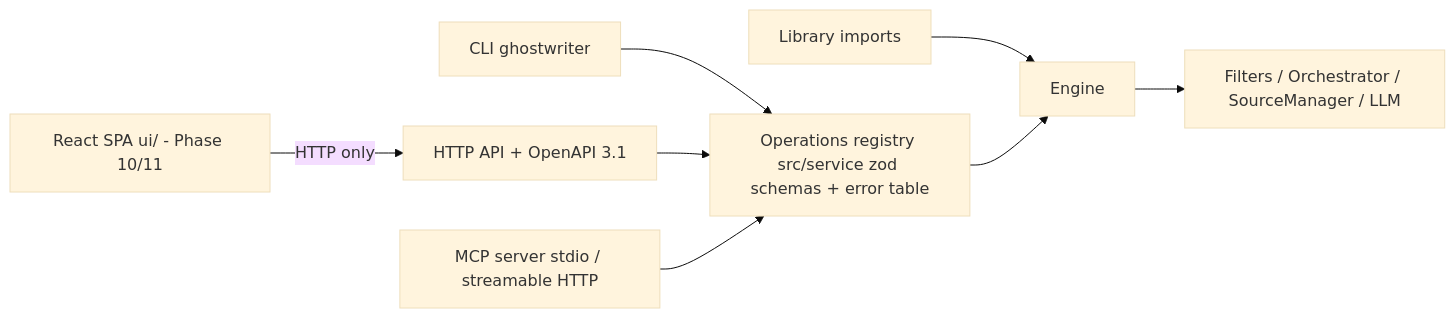
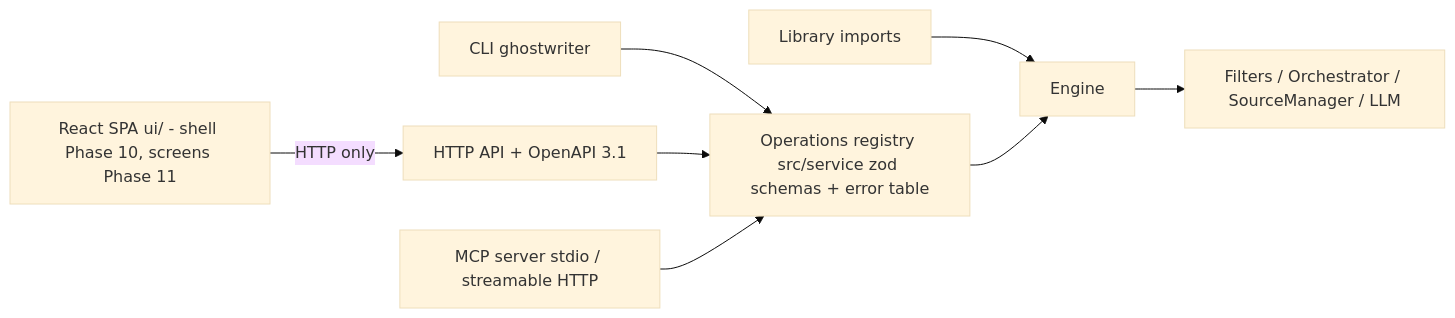
One commit to bsommers/spooky changed the diagram in docs/SURFACES.md. Above: the diagram before and after it, drawn with Mermaid (base theme). The commit also changed other lines of this file and 3 other files, not shown here.

````diff
--- a/docs/SURFACES.md
+++ b/docs/SURFACES.md
@@ -5,10 +5,10 @@
 ```mermaid
 flowchart LR
   CLI[CLI ghostwriter] --> REG
   HTTP[HTTP API + OpenAPI 3.1] --> REG
   MCP[MCP server stdio / streamable HTTP] --> REG
-  UI[React SPA ui/ - Phase 10/11] -->|HTTP only| HTTP
+  UI[React SPA ui/ - shell Phase 10, screens Phase 11] -->|HTTP only| HTTP
   LIB[Library imports] --> ENG
   REG[Operations registry src/service zod schemas + error table] --> ENG[Engine]
   ENG --> PIPE[Filters / Orchestrator / SourceManager / LLM]
 ```
````
